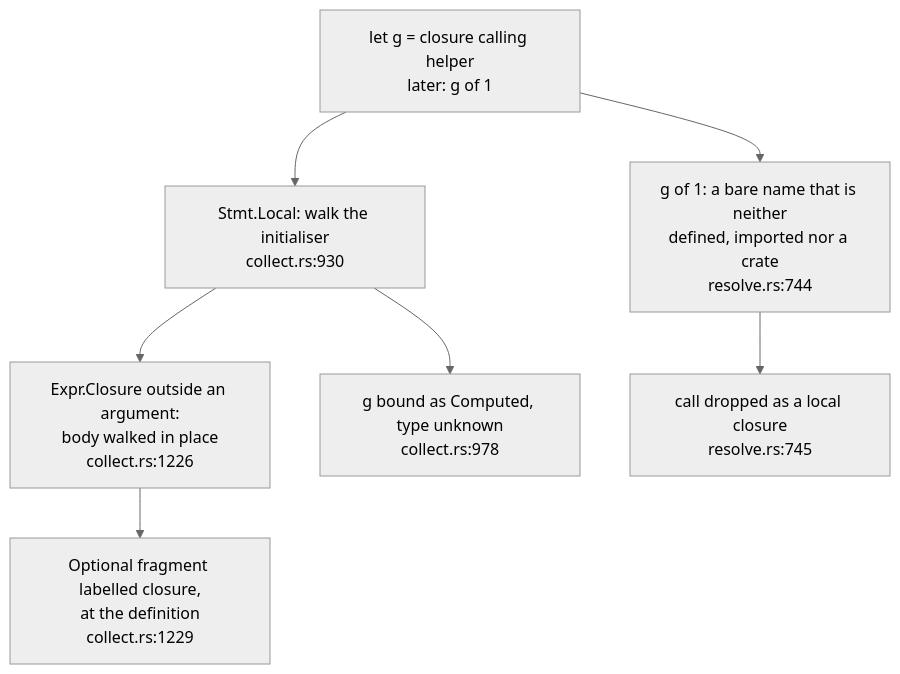
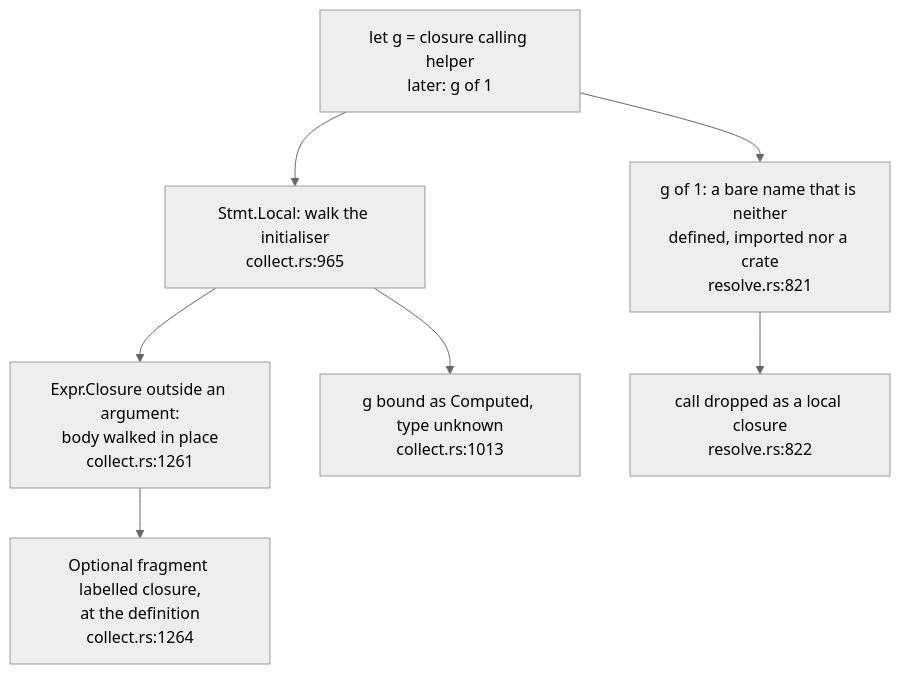
Before and after one commit to DreamLab-AI/codemaid: the fourth of 7 diagrams in docs/diagrams/extract/03-the-flow-walker-and-raw-ir.md, drawn with Mermaid (neutral theme). The commit also changed other lines of this file and 8 other files, not shown here.

First line of the commit message:
docs(diagrams): restamp the extract topics to fec7aff; record the generics fix

````diff
--- a/docs/diagrams/extract/03-the-flow-walker-and-raw-ir.md
+++ b/docs/diagrams/extract/03-the-flow-walker-and-raw-ir.md
@@ -176,13 +176,13 @@
 ```mermaid
 flowchart TB
     SRC["let g = closure calling helper<br/>later: g of 1"]
-    LOC["Stmt.Local: walk the initialiser<br/>collect.rs:930"]
-    CL["Expr.Closure outside an argument:<br/>body walked in place<br/>collect.rs:1226"]
-    OPT["Optional fragment labelled closure,<br/>at the definition<br/>collect.rs:1229"]
-    BIND["g bound as Computed, type unknown<br/>collect.rs:978"]
-    CALL["g of 1: a bare name that is neither<br/>defined, imported nor a crate<br/>resolve.rs:744"]
-    DROP["call dropped as a local closure<br/>resolve.rs:745"]
+    LOC["Stmt.Local: walk the initialiser<br/>collect.rs:965"]
+    CL["Expr.Closure outside an argument:<br/>body walked in place<br/>collect.rs:1261"]
+    OPT["Optional fragment labelled closure,<br/>at the definition<br/>collect.rs:1264"]
+    BIND["g bound as Computed, type unknown<br/>collect.rs:1013"]
+    CALL["g of 1: a bare name that is neither<br/>defined, imported nor a crate<br/>resolve.rs:821"]
+    DROP["call dropped as a local closure<br/>resolve.rs:822"]
     SRC --> LOC --> CL --> OPT
     LOC --> BIND
     SRC --> CALL --> DROP
 ```
````
